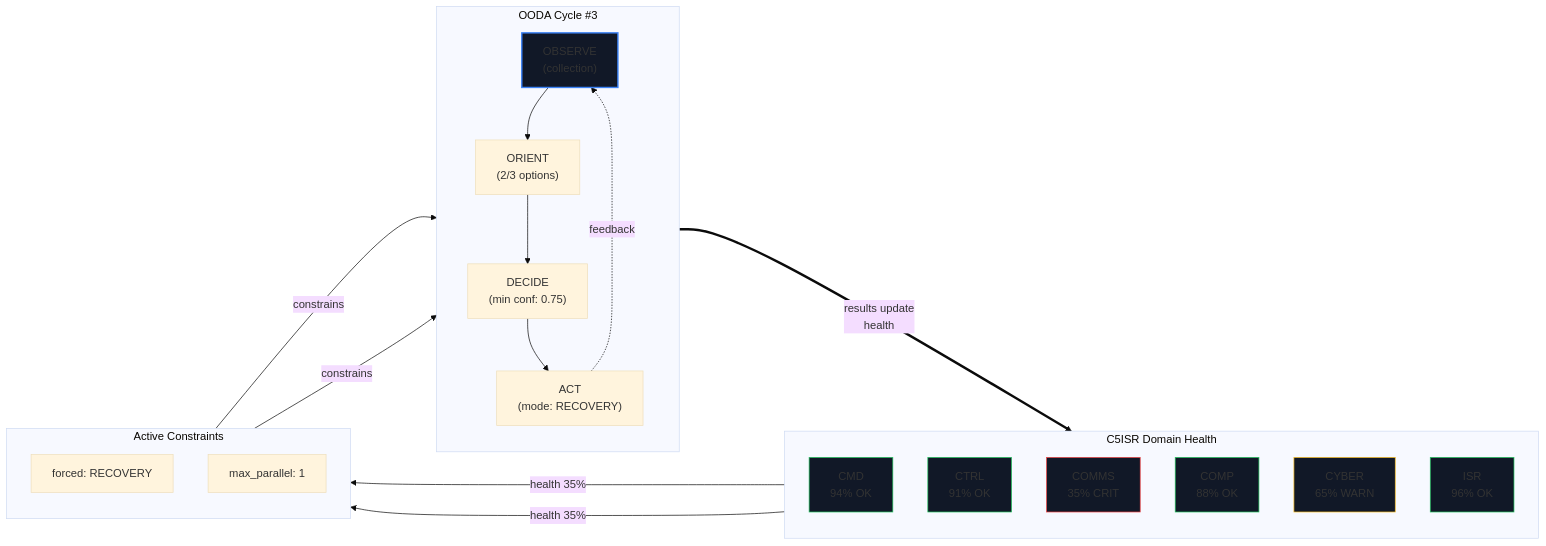
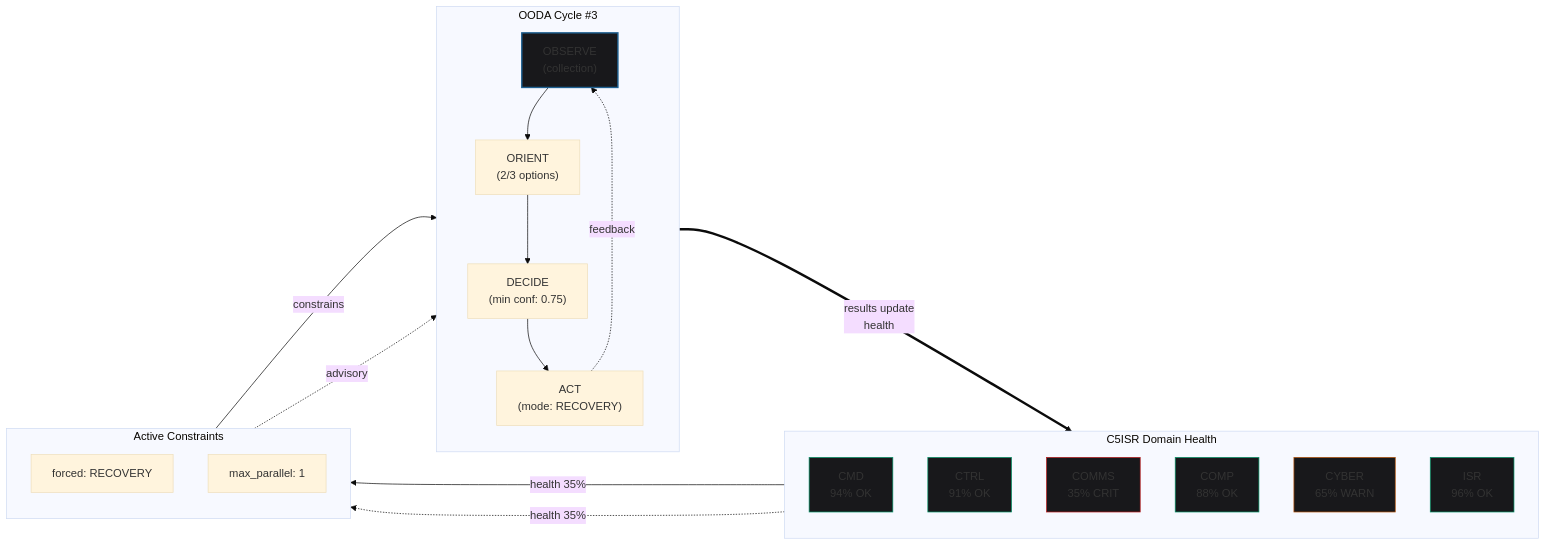
One commit to astroicers/Athena changed the diagram in docs/specs/SPEC-050-ooda-c5isr-mermaid-flow-visualization.md. Above: the diagram before and after it, drawn with Mermaid (base theme). The commit also changed other lines of this file and 169 other files, not shown here.

````diff
--- a/docs/specs/SPEC-050-ooda-c5isr-mermaid-flow-visualization.md
+++ b/docs/specs/SPEC-050-ooda-c5isr-mermaid-flow-visualization.md
@@ -42,45 +42,45 @@
 ```mermaid
 flowchart LR
   subgraph OODA["OODA Cycle #3"]
     direction TB
     OBS["OBSERVE\n(collection)"]
     ORI["ORIENT\n(2/3 options)"]
     DEC["DECIDE\n(min conf: 0.75)"]
     ACT["ACT\n(mode: RECOVERY)"]
     OBS --> ORI --> DEC --> ACT
     ACT -.->|"feedback"| OBS
   end
 
   subgraph C5ISR["C5ISR Domain Health"]
     direction TB
     CMD["CMD\n94% OK"]
     CTRL["CTRL\n91% OK"]
     COMMS["COMMS\n35% CRIT"]
     COMP["COMP\n88% OK"]
     CYBER["CYBER\n65% WARN"]
     ISR["ISR\n96% OK"]
   end
 
   subgraph CONSTR["Active Constraints"]
     direction TB
     HL0["forced: RECOVERY"]
     HL1["max_parallel: 1"]
   end
 
   COMMS -->|"health 35%"| HL0
   HL0 -->|"constrains"| ACT
-  COMMS -->|"health 35%"| HL1
-  HL1 -->|"constrains"| ACT
+  COMMS -.->|"health 35%"| HL1
+  HL1 -.->|"advisory"| ACT
 
   ACT ==>|"results update\nhealth"| C5ISR
 
-  classDef active stroke:#3b82f6,stroke-width:2px,fill:#111827
-  classDef healthy stroke:#22C55E,fill:#111827
-  classDef degraded stroke:#FBBF24,fill:#111827
-  classDef critical stroke:#EF4444,fill:#111827
+  classDef active stroke:#1E6091,stroke-width:2px,fill:#18181B
+  classDef healthy stroke:#059669,fill:#18181B
+  classDef degraded stroke:#B45309,fill:#18181B
+  classDef critical stroke:#B91C1C,fill:#18181B
 
   class OBS active
   class CMD,CTRL,COMP,ISR healthy
   class CYBER degraded
   class COMMS critical
 ```
````
